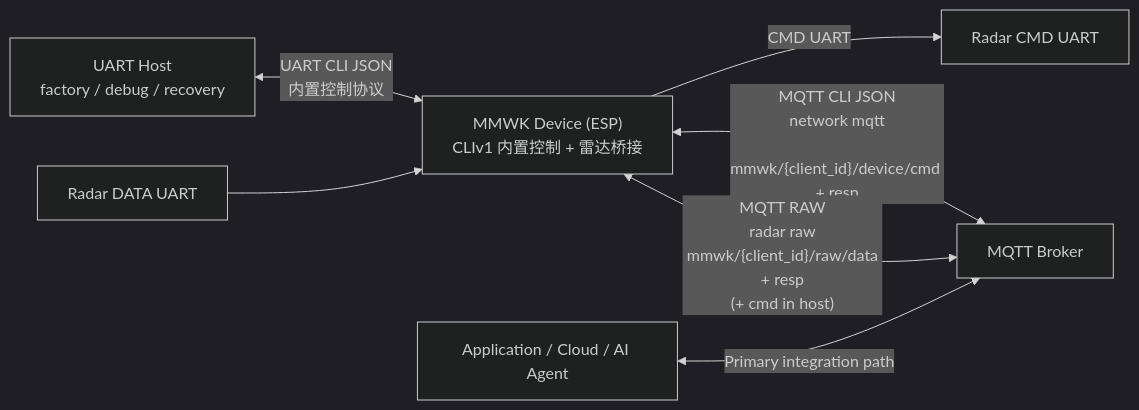
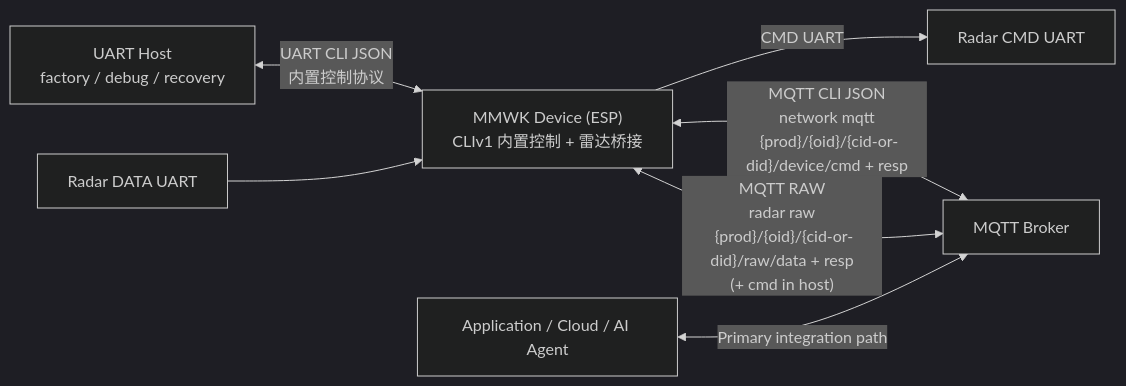
The diagram in cli/docs/zh-cn/README.md (wavvar/mmwk), drawn with Mermaid (dark theme) before and after one commit. The commit also changed other lines of this file and 22 other files, not shown here.

Commit message:
feat(cli): route mqtt topics by product identity

````diff
--- a/cli/docs/zh-cn/README.md
+++ b/cli/docs/zh-cn/README.md
@@ -305,9 +315,9 @@
 ```mermaid
 flowchart LR
     U["UART Host\nfactory / debug / recovery"] <-->|"UART CLI JSON\n内置控制协议"| D["MMWK Device (ESP)\nCLIv1 内置控制 + 雷达桥接"]
     D -->|"CMD UART"| RC["Radar CMD UART"]
     RD["Radar DATA UART"] --> D
-    D <-->|"MQTT CLI JSON\nnetwork mqtt\n mmwk/{client_id}/device/cmd + resp"| B["MQTT Broker"]
-    D <-->|"MQTT RAW\nradar raw\n mmwk/{client_id}/raw/data + resp\n(+ cmd in host)"| B
+    D <-->|"MQTT CLI JSON\nnetwork mqtt\n {prod}/{oid}/{cid-or-did}/device/cmd + resp"| B["MQTT Broker"]
+    D <-->|"MQTT RAW\nradar raw\n {prod}/{oid}/{cid-or-did}/raw/data + resp\n(+ cmd in host)"| B
     A["Application / Cloud / AI Agent"] <-->|"Primary integration path"| B
 ```
````
